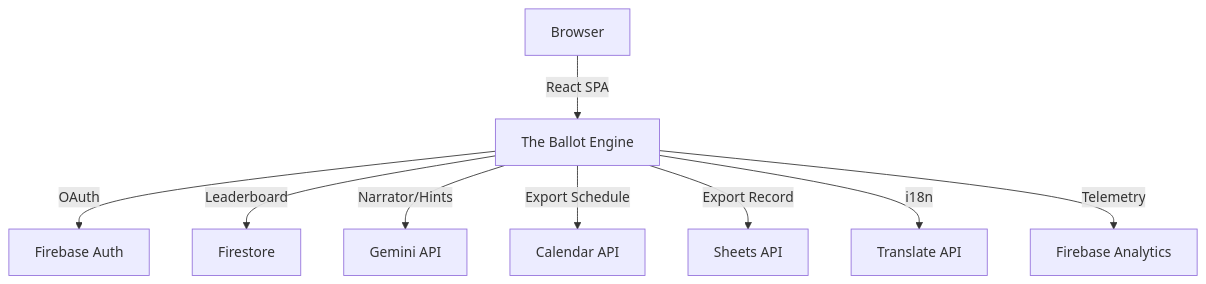
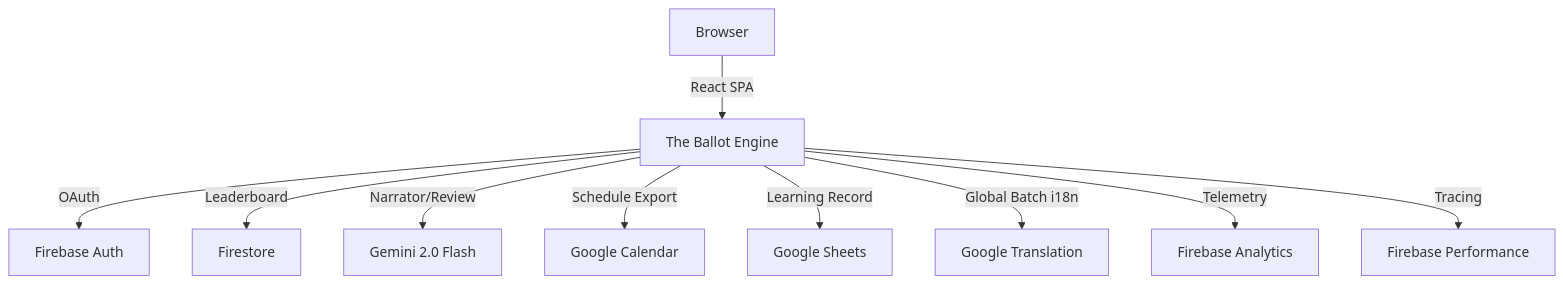
The diagram in README.md (sanz2105/The-Ballot-Engine), drawn with Mermaid before and after one commit. The commit also changed other lines of this file and 23 other files, not shown here.

````diff
--- a/README.md
+++ b/README.md
@@ -17,11 +17,12 @@
 ```mermaid
 graph TD;
     Browser-->|React SPA|A[The Ballot Engine];
     A-->|OAuth|Auth[Firebase Auth];
     A-->|Leaderboard|DB[Firestore];
-    A-->|Narrator/Hints|AI[Gemini API];
-    A-->|Export Schedule|Cal[Calendar API];
-    A-->|Export Record|Sheets[Sheets API];
-    A-->|i18n|Trans[Translate API];
+    A-->|Narrator/Review|AI[Gemini 2.0 Flash];
+    A-->|Schedule Export|Cal[Google Calendar];
+    A-->|Learning Record|Sheets[Google Sheets];
+    A-->|Global Batch i18n|Trans[Google Translation];
     A-->|Telemetry|Analytics[Firebase Analytics];
+    A-->|Tracing|Perf[Firebase Performance];
 ```
````
